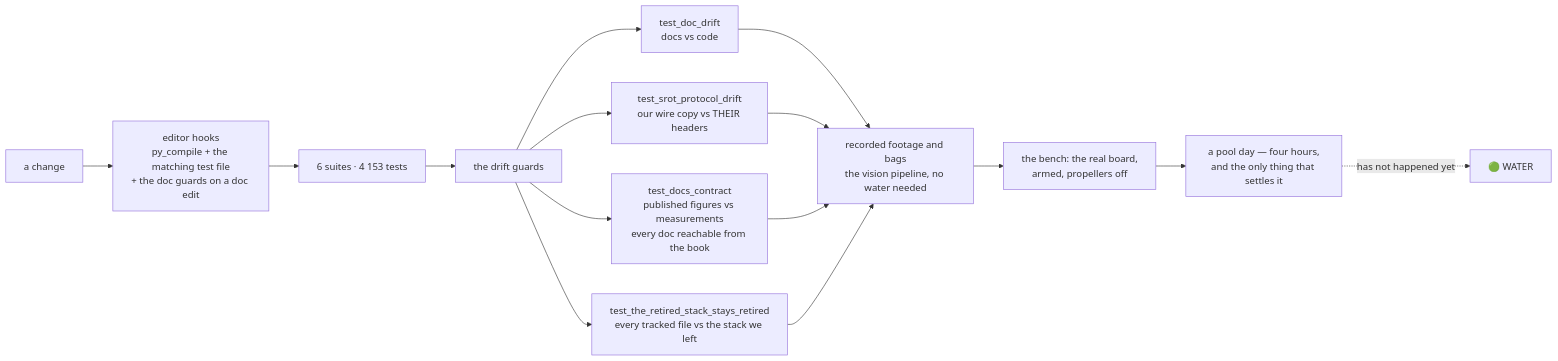
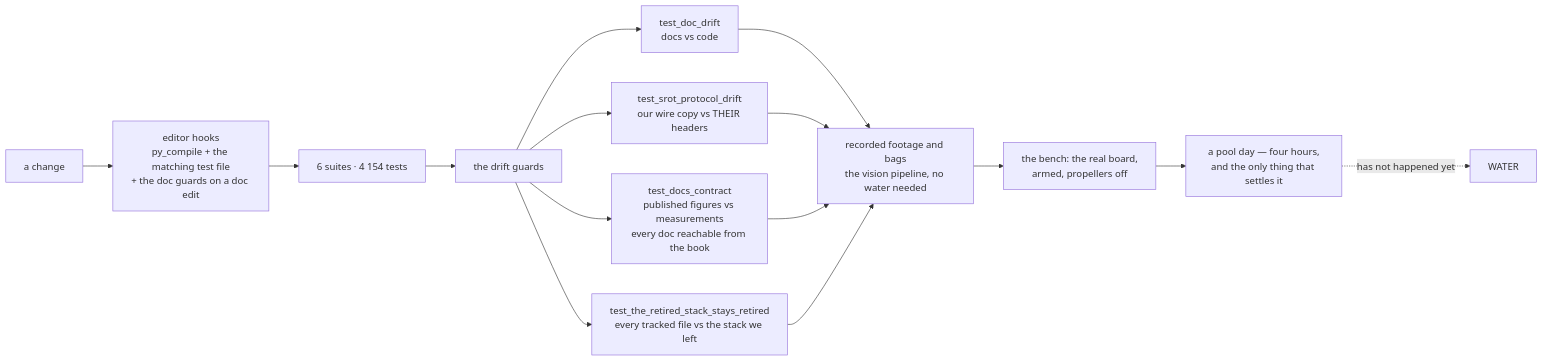
Before and after one commit to fh1m/mongla_ws: the ninth of 10 diagrams in README.md, drawn with Mermaid. The commit also changed other lines of this file and 521 other files, not shown here.

````diff
--- a/README.md
+++ b/README.md
@@ -788,17 +788,17 @@
 ```mermaid
 flowchart LR
     DEV["a change"] --> HOOK["editor hooks<br/>py_compile + the matching test file<br/>+ the doc guards on a doc edit"]
-    HOOK --> UNIT["6 suites · 4 153 tests"]
+    HOOK --> UNIT["6 suites · 4 154 tests"]
     UNIT --> GUARD["the drift guards"]
     GUARD --> G1["test_doc_drift<br/>docs vs code"]
     GUARD --> G2["test_srot_protocol_drift<br/>our wire copy vs THEIR headers"]
     GUARD --> G3["test_docs_contract<br/>published figures vs measurements<br/>every doc reachable from the book"]
     GUARD --> G4["test_the_retired_stack_stays_retired<br/>every tracked file vs the stack we left"]
     G1 --> REPLAY["recorded footage and bags<br/>the vision pipeline, no water needed"]
     G2 --> REPLAY
     G3 --> REPLAY
     G4 --> REPLAY
     REPLAY --> BENCH["the bench: the real board,<br/>armed, propellers off"]
     BENCH --> POOL["a pool day — four hours,<br/>and the only thing that settles it"]
-    POOL -.->|"has not happened yet"| WATER["🟢 WATER"]
+    POOL -.->|"has not happened yet"| WATER["WATER"]
 ```
````
